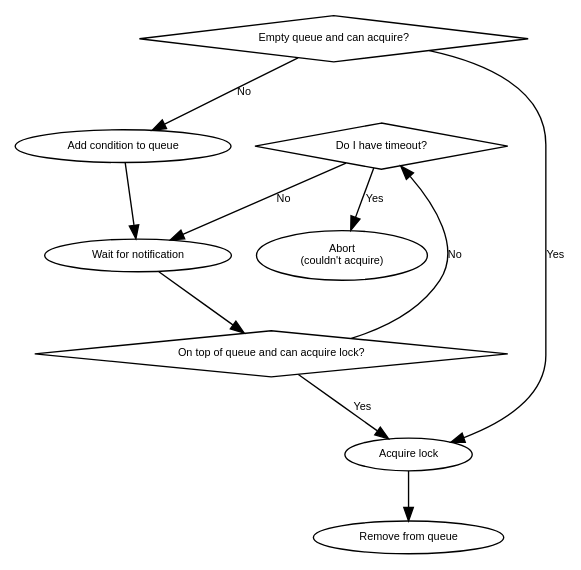
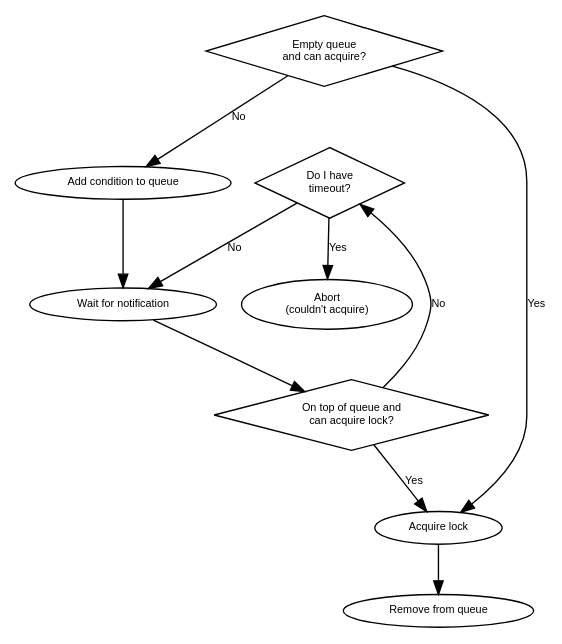
Before and after one commit to ganeti/ganeti: the diagram in doc/design-2.1-lock-acquire.dot, drawn with Graphviz. The commit also changed 5 other files, not shown here.

```diff
--- a/doc/design-2.1-lock-acquire.dot
+++ b/doc/design-2.1-lock-acquire.dot
@@ -1,34 +1,34 @@
 digraph "design-2.1-lock-acquire" {
   graph[fontsize=8, fontname="Helvetica"]
   node[fontsize=8, fontname="Helvetica", width="0", height="0"]
   edge[fontsize=8, fontname="Helvetica"]
 
   /* Actions */
   abort[label="Abort\n(couldn't acquire)"]
   acquire[label="Acquire lock"]
   add_to_queue[label="Add condition to queue"]
   wait[label="Wait for notification"]
   remove_from_queue[label="Remove from queue"]
 
   /* Conditions */
-  alone[label="Empty queue and can acquire?", shape=diamond]
-  have_timeout[label="Do I have timeout?", shape=diamond]
+  alone[label="Empty queue\nand can acquire?", shape=diamond]
+  have_timeout[label="Do I have\ntimeout?", shape=diamond]
   top_of_queue_and_can_acquire[
-    label="On top of queue and can acquire lock?",
+    label="On top of queue and\ncan acquire lock?",
     shape=diamond,
     ]
 
   /* Lines */
   alone->acquire[label="Yes"]
   alone->add_to_queue[label="No"]
 
   have_timeout->abort[label="Yes"]
   have_timeout->wait[label="No"]
 
   top_of_queue_and_can_acquire->acquire[label="Yes"]
   top_of_queue_and_can_acquire->have_timeout[label="No"]
 
   add_to_queue->wait
   wait->top_of_queue_and_can_acquire
   acquire->remove_from_queue
 }
```
